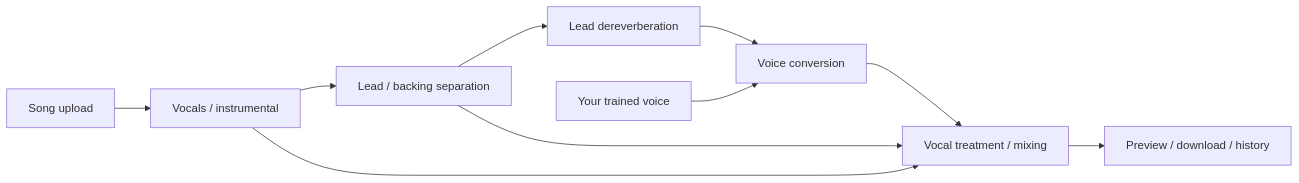
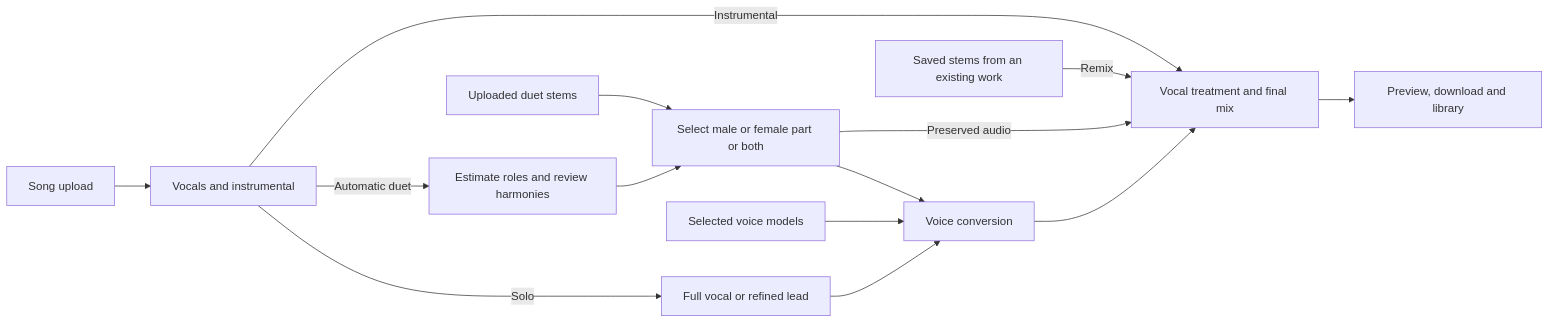
One commit to dh666i/AIcoversong changed the diagram in docs/ARCHITECTURE.md. Above: the diagram before and after it, drawn with Mermaid. The commit also changed other lines of this file and 8 other files, not shown here.

````diff
--- a/docs/ARCHITECTURE.md
+++ b/docs/ARCHITECTURE.md
@@ -5,12 +5,16 @@
 ```mermaid
 flowchart LR
-  A[Song upload] --> B[Vocals / instrumental]
-  B --> C[Lead / backing separation]
-  C --> D[Lead dereverberation]
-  D --> E[Voice conversion]
-  F[Your trained voice] --> E
-  E --> G[Vocal treatment / mixing]
-  B --> G
-  C --> G
-  G --> H[Preview / download / history]
+  A[Song upload] --> B[Vocals and instrumental]
+  B -->|Solo| C[Full vocal or refined lead]
+  B -->|Automatic duet| D[Estimate roles and review harmonies]
+  U[Uploaded duet stems] --> R[Select male or female part or both]
+  D --> R
+  C --> E[Voice conversion]
+  R --> E
+  F[Selected voice models] --> E
+  E --> G[Vocal treatment and final mix]
+  B -->|Instrumental| G
+  R -->|Preserved audio| G
+  S[Saved stems from an existing work] -->|Remix| G
+  G --> H[Preview, download and library]
 ```
````
